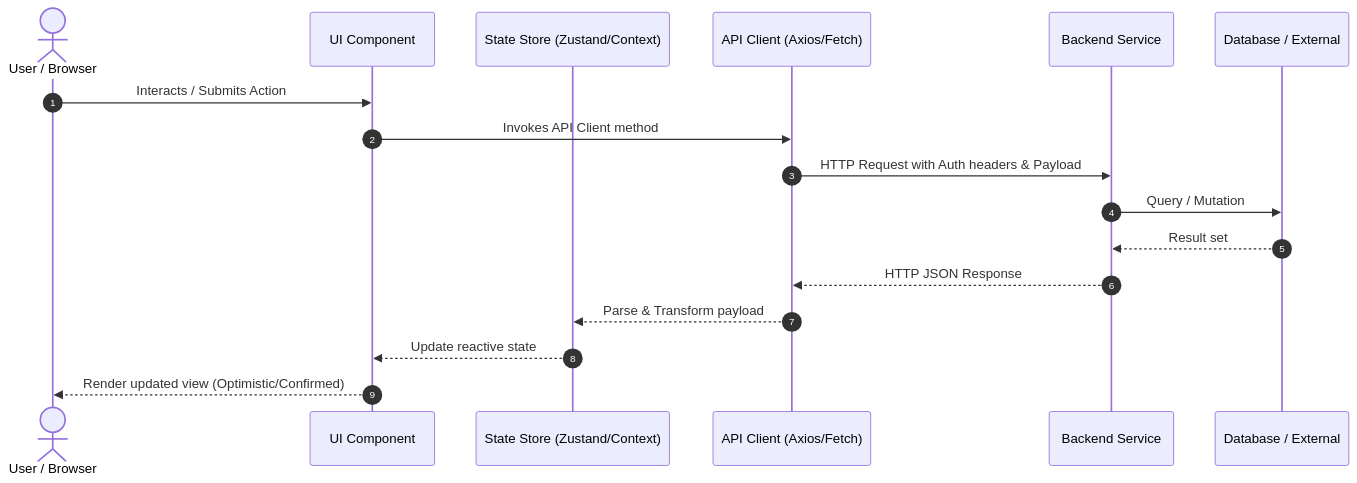
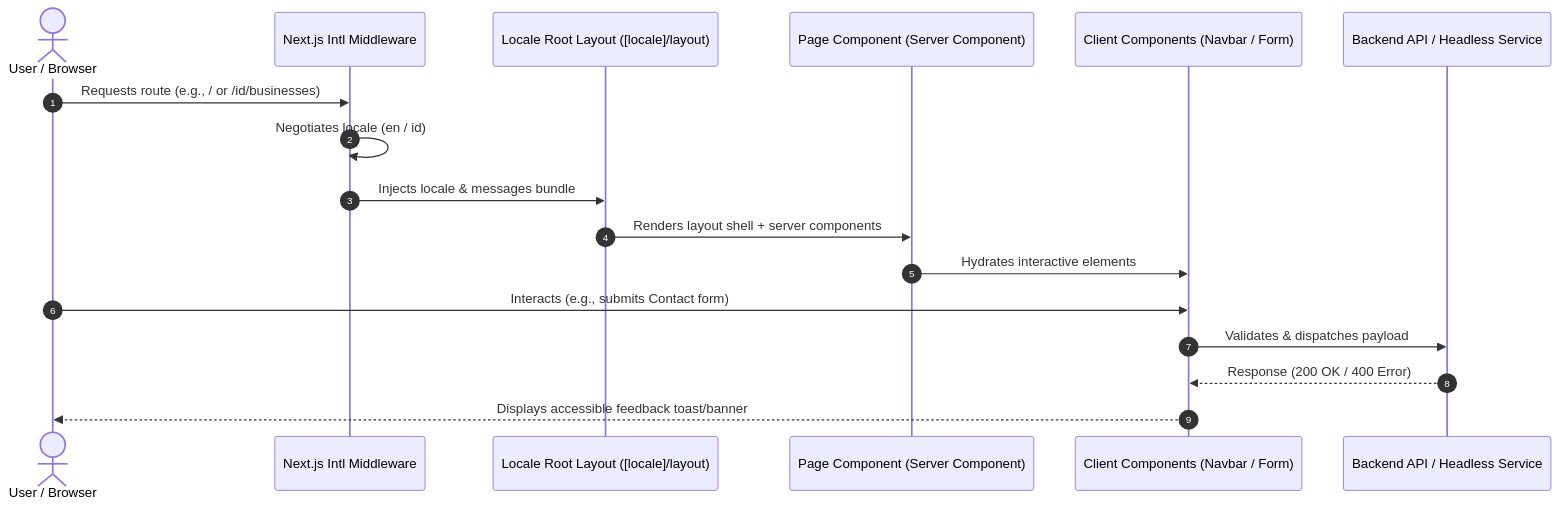
Before and after one commit to PrayudhaSatria70/trishanti-frontend: the diagram in settings_api_and_flow.md, drawn with Mermaid. The commit also changed other lines of this file and 180 other files, not shown here.

Commit message:
feat: initialize Next.js frontend application with localized pages, components, and assets

````diff
--- a/settings_api_and_flow.md
+++ b/settings_api_and_flow.md
@@ -72,20 +85,20 @@
 ```mermaid
 sequenceDiagram
     autonumber
     actor User as User / Browser
-    participant UI as UI Component
-    participant State as State Store (Zustand/Context)
-    participant Client as API Client (Axios/Fetch)
-    participant Backend as Backend Service
-    participant DB as Database / External
+    participant Middleware as Next.js Intl Middleware
+    participant Layout as Locale Root Layout ([locale]/layout)
+    participant Page as Page Component (Server Component)
+    participant ClientComp as Client Components (Navbar / Form)
+    participant Backend as Backend API / Headless Service
 
-    User->>UI: Interacts / Submits Action
-    UI->>Client: Invokes API Client method
-    Client->>Backend: HTTP Request with Auth headers & Payload
-    Backend->>DB: Query / Mutation
-    DB-->>Backend: Result set
-    Backend-->>Client: HTTP JSON Response
-    Client-->>State: Parse & Transform payload
-    State-->>UI: Update reactive state
-    UI-->>User: Render updated view (Optimistic/Confirmed)
+    User->>Middleware: Requests route (e.g., / or /id/businesses)
+    Middleware->>Middleware: Negotiates locale (en / id)
+    Middleware->>Layout: Injects locale & messages bundle
+    Layout->>Page: Renders layout shell + server components
+    Page->>ClientComp: Hydrates interactive elements
+    User->>ClientComp: Interacts (e.g., submits Contact form)
+    ClientComp->>Backend: Validates & dispatches payload
+    Backend-->>ClientComp: Response (200 OK / 400 Error)
+    ClientComp-->>User: Displays accessible feedback toast/banner
 ```
````
